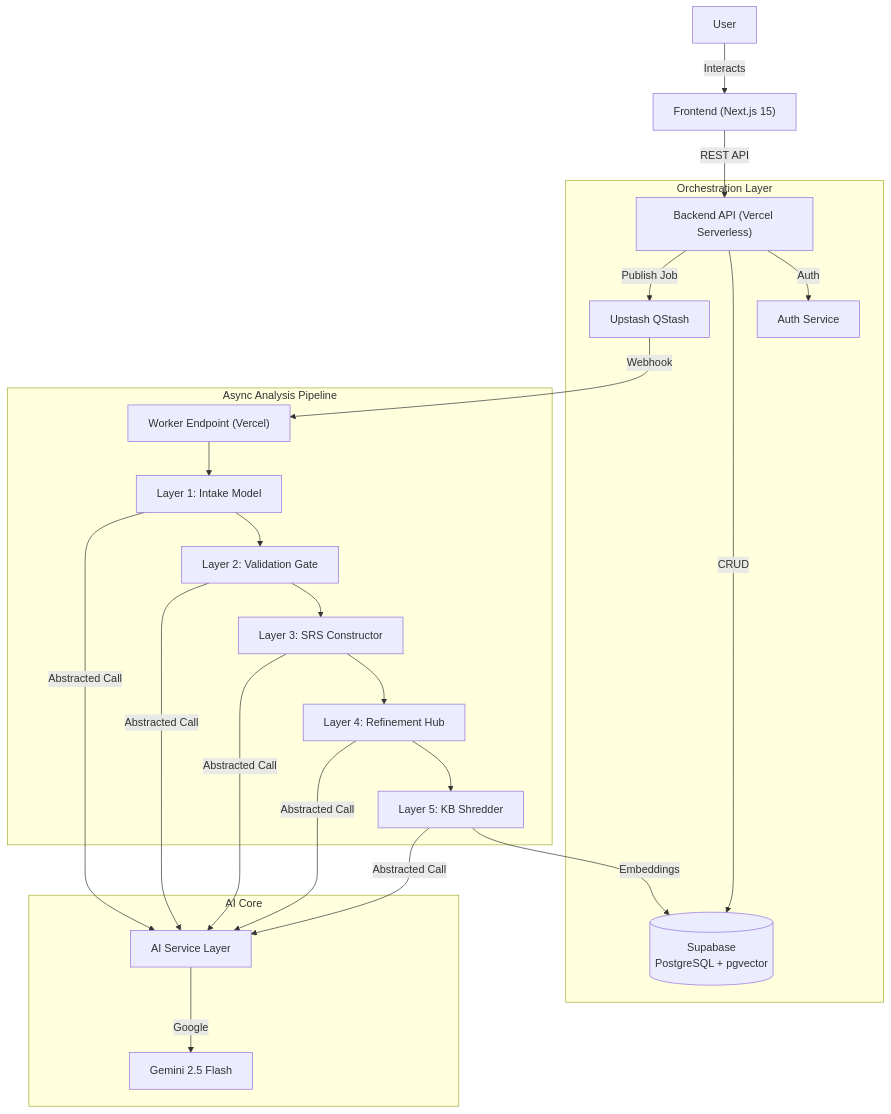
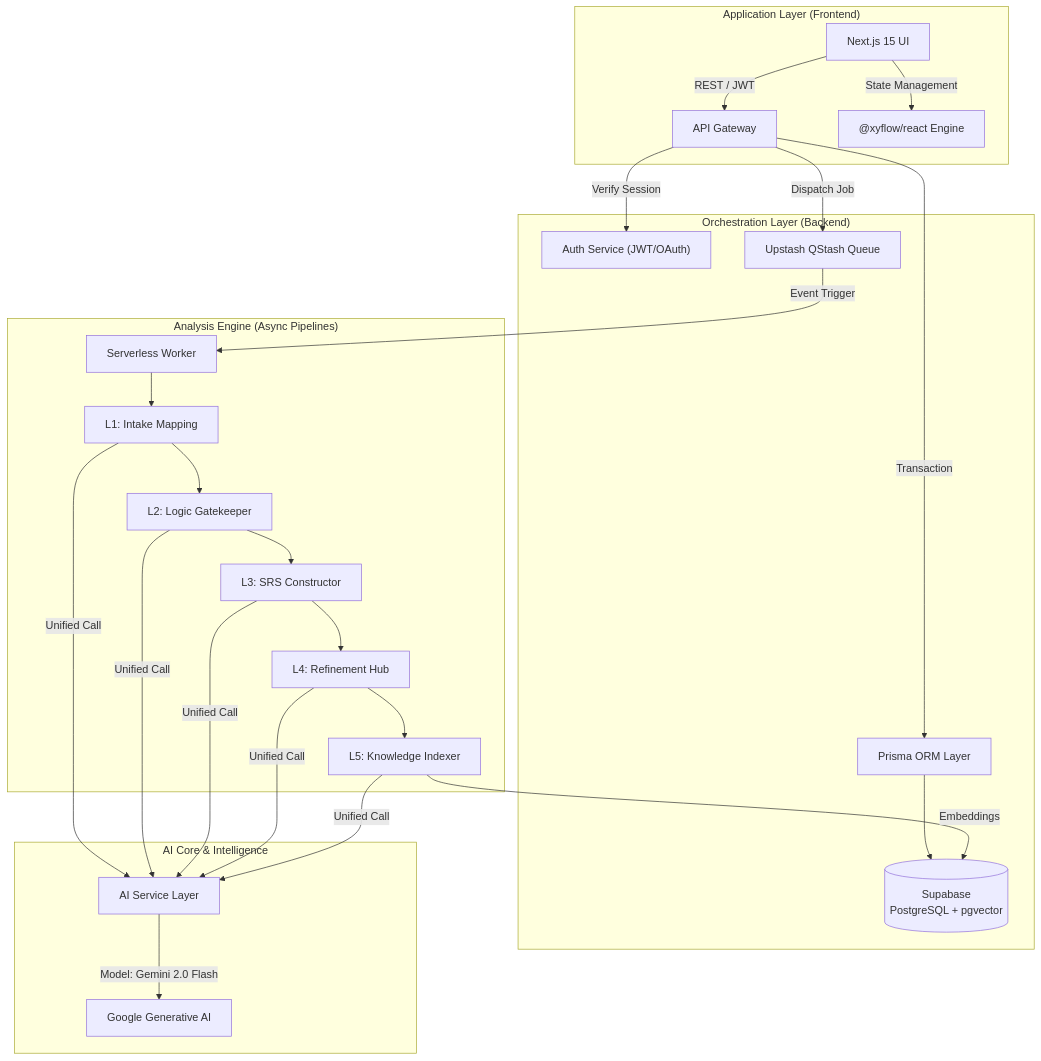
The diagram in ARCHITECTURE.md (Aniket-a14/SRA), drawn with Mermaid before and after one commit. The commit also changed other lines of this file and 9 other files, not shown here.

Commit message:
feat: Implement analysis functionality with a new server action, main page, and DFD/Mermaid visualization components.

````diff
--- a/ARCHITECTURE.md
+++ b/ARCHITECTURE.md
@@ -7,26 +13,29 @@
 ```mermaid
 graph TD
-    User[User] -->|Interacts| Client["Frontend (Next.js 15)"]
-    Client -->|REST API| API["Backend API (Vercel Serverless)"]
-    
-    subgraph "Orchestration Layer"
-        API -->|Auth| Auth[Auth Service]
-        API -->|CRUD| DB[(Supabase <br/> PostgreSQL + pgvector)]
-        API -->|Publish Job| QStash[Upstash QStash]
+    subgraph "Application Layer (Frontend)"
+        UI["Next.js 15 UI"] -->|REST / JWT| Gateway["API Gateway"]
+        UI -->|State Management| ReactFlow["@xyflow/react Engine"]
     end
 
-    subgraph "Async Analysis Pipeline"
-        QStash -->|Webhook| Worker["Worker Endpoint (Vercel)"]
-        Worker --> W1[Layer 1: Intake Model]
-        W1 --> W2[Layer 2: Validation Gate]
-        W2 --> W3[Layer 3: SRS Constructor]
-        W3 --> W4[Layer 4: Refinement Hub]
-        W4 --> W5[Layer 5: KB Shredder]
-        W5 -->|Embeddings| DB
+    subgraph "Orchestration Layer (Backend)"
+        Gateway -->|Verify Session| Auth["Auth Service (JWT/OAuth)"]
+        Gateway -->|Transaction| Prisma["Prisma ORM Layer"]
+        Prisma --> DB[(Supabase <br/> PostgreSQL + pgvector)]
+        Gateway -->|Dispatch Job| QStash["Upstash QStash Queue"]
     end
-    
-    subgraph "AI Core"
-        W1 & W2 & W3 & W4 & W5 -->|Abstracted Call| AIService[AI Service Layer]
-        AIService -->|Google| Gemini[Gemini 2.5 Flash]
+
+    subgraph "Analysis Engine (Async Pipelines)"
+        QStash -->|Event Trigger| Worker["Serverless Worker"]
+        Worker --> P1["L1: Intake Mapping"]
+        P1 --> P2["L2: Logic Gatekeeper"]
+        P2 --> P3["L3: SRS Constructor"]
+        P3 --> P4["L4: Refinement Hub"]
+        P4 --> P5["L5: Knowledge Indexer"]
+    end
+
+    subgraph "AI Core & Intelligence"
+        P1 & P2 & P3 & P4 & P5 -->|Unified Call| AIService["AI Service Layer"]
+        AIService -->|Model: Gemini 2.0 Flash| GenAI["Google Generative AI"]
+        P5 -->|Embeddings| DB
     end
 ```
````
